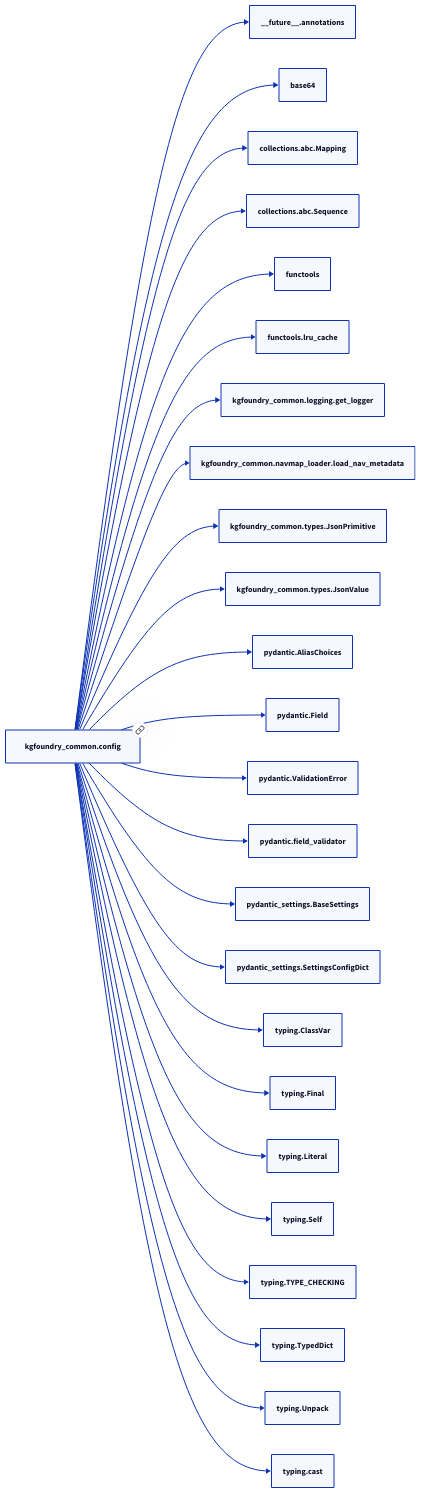
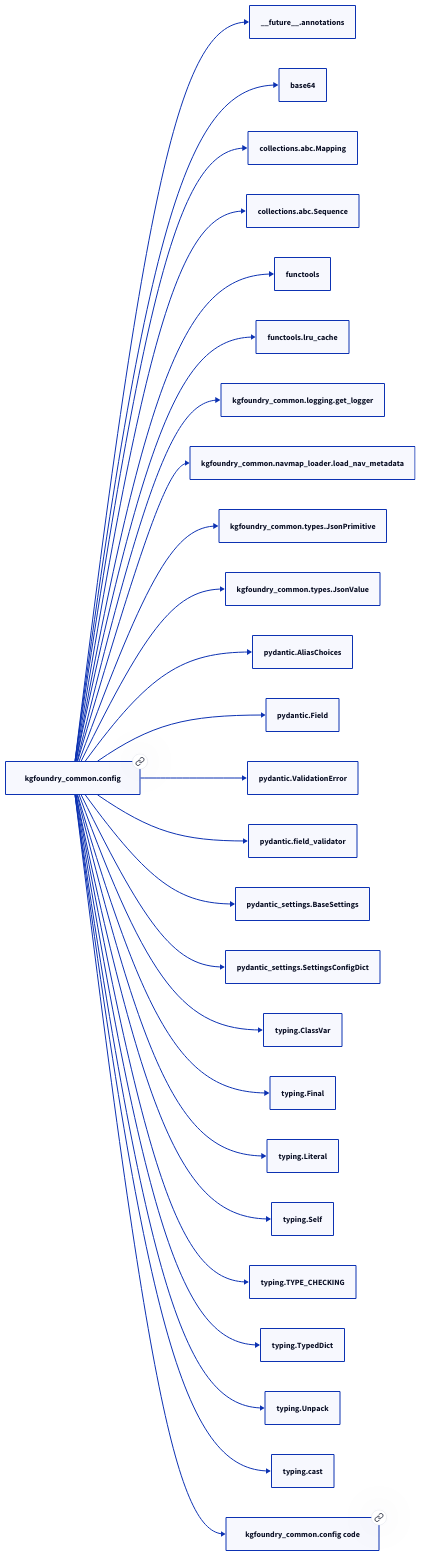
The second of 2 diagrams in docs/modules/kgfoundry_common/config.md (paul-heyse/kgforge), drawn with D2 before and after one commit. The commit also changed other lines of this file and 319 other files, not shown here.

````diff
--- a/docs/modules/kgfoundry_common/config.md
+++ b/docs/modules/kgfoundry_common/config.md
@@ -65,52 +67,54 @@
 ```d2
 direction: right
-"kgfoundry_common.config": "kgfoundry_common.config" { link: "config.md" }
+"kgfoundry_common.config": "kgfoundry_common.config" { link: "./kgfoundry_common/config.md" }
 "__future__.annotations": "__future__.annotations"
 "kgfoundry_common.config" -> "__future__.annotations"
 "base64": "base64"
 "kgfoundry_common.config" -> "base64"
 "collections.abc.Mapping": "collections.abc.Mapping"
 "kgfoundry_common.config" -> "collections.abc.Mapping"
 "collections.abc.Sequence": "collections.abc.Sequence"
 "kgfoundry_common.config" -> "collections.abc.Sequence"
 "functools": "functools"
 "kgfoundry_common.config" -> "functools"
 "functools.lru_cache": "functools.lru_cache"
 "kgfoundry_common.config" -> "functools.lru_cache"
 "kgfoundry_common.logging.get_logger": "kgfoundry_common.logging.get_logger"
 "kgfoundry_common.config" -> "kgfoundry_common.logging.get_logger"
 "kgfoundry_common.navmap_loader.load_nav_metadata": "kgfoundry_common.navmap_loader.load_nav_metadata"
 "kgfoundry_common.config" -> "kgfoundry_common.navmap_loader.load_nav_metadata"
 "kgfoundry_common.types.JsonPrimitive": "kgfoundry_common.types.JsonPrimitive"
 "kgfoundry_common.config" -> "kgfoundry_common.types.JsonPrimitive"
 "kgfoundry_common.types.JsonValue": "kgfoundry_common.types.JsonValue"
 "kgfoundry_common.config" -> "kgfoundry_common.types.JsonValue"
 "pydantic.AliasChoices": "pydantic.AliasChoices"
 "kgfoundry_common.config" -> "pydantic.AliasChoices"
 "pydantic.Field": "pydantic.Field"
 "kgfoundry_common.config" -> "pydantic.Field"
 "pydantic.ValidationError": "pydantic.ValidationError"
 "kgfoundry_common.config" -> "pydantic.ValidationError"
 "pydantic.field_validator": "pydantic.field_validator"
 "kgfoundry_common.config" -> "pydantic.field_validator"
 "pydantic_settings.BaseSettings": "pydantic_settings.BaseSettings"
 "kgfoundry_common.config" -> "pydantic_settings.BaseSettings"
 "pydantic_settings.SettingsConfigDict": "pydantic_settings.SettingsConfigDict"
 "kgfoundry_common.config" -> "pydantic_settings.SettingsConfigDict"
 "typing.ClassVar": "typing.ClassVar"
 "kgfoundry_common.config" -> "typing.ClassVar"
 "typing.Final": "typing.Final"
 "kgfoundry_common.config" -> "typing.Final"
 "typing.Literal": "typing.Literal"
 "kgfoundry_common.config" -> "typing.Literal"
 "typing.Self": "typing.Self"
 "kgfoundry_common.config" -> "typing.Self"
 "typing.TYPE_CHECKING": "typing.TYPE_CHECKING"
 "kgfoundry_common.config" -> "typing.TYPE_CHECKING"
 "typing.TypedDict": "typing.TypedDict"
 "kgfoundry_common.config" -> "typing.TypedDict"
 "typing.Unpack": "typing.Unpack"
 "kgfoundry_common.config" -> "typing.Unpack"
 "typing.cast": "typing.cast"
 "kgfoundry_common.config" -> "typing.cast"
+"kgfoundry_common.config_code": "kgfoundry_common.config code" { link: "https://github.com/kgfoundry/kgfoundry/blob/main/src/kgfoundry_common/config.py" }
+"kgfoundry_common.config" -> "kgfoundry_common.config_code" { style: dashed }
 ```
````
